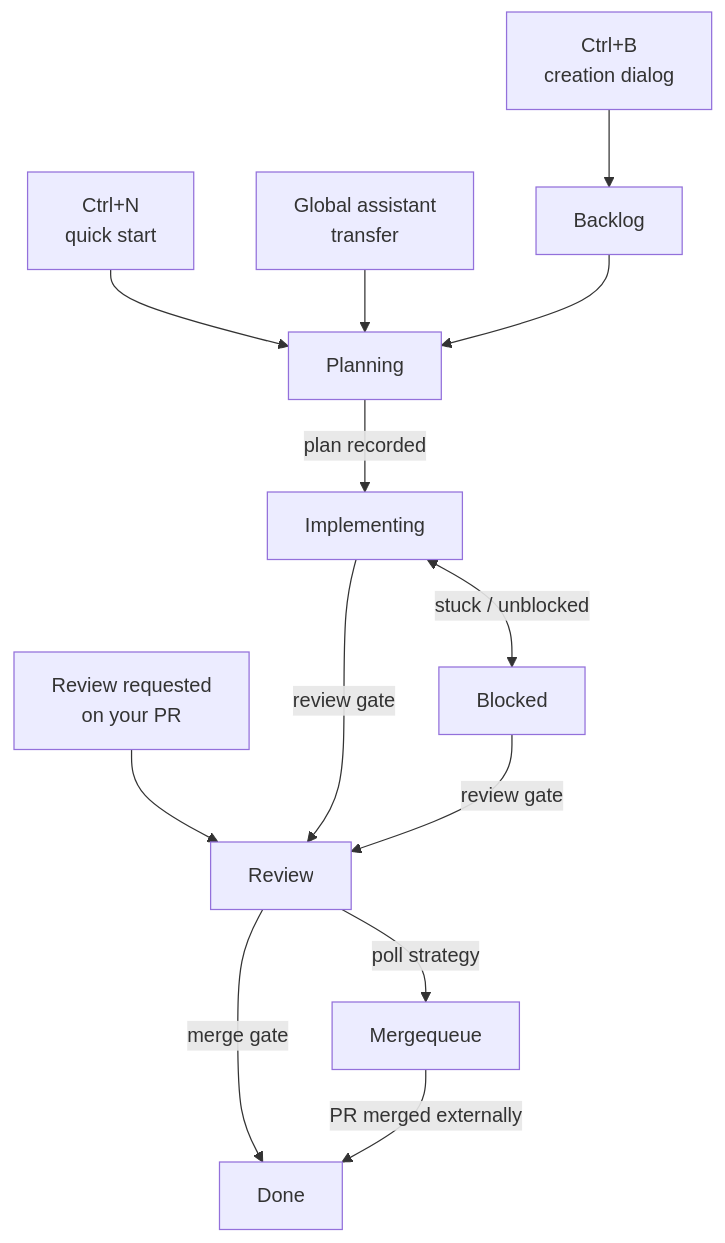
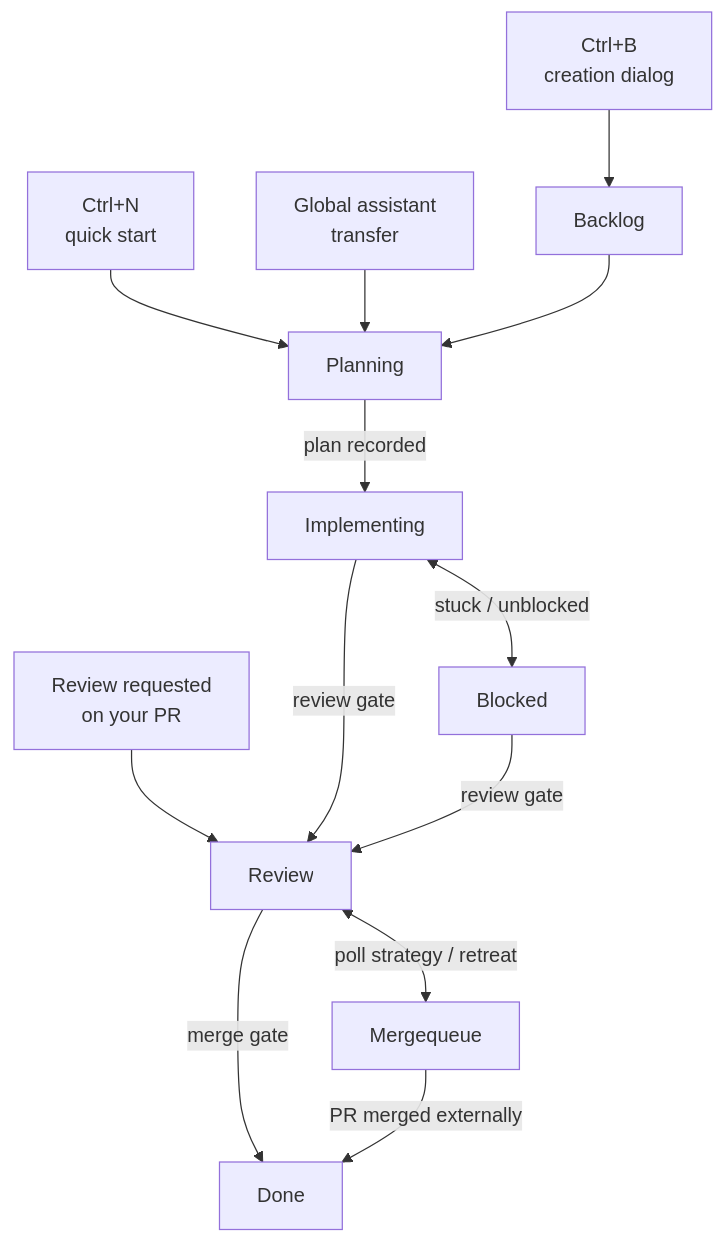
The diagram in README.md (jkirsteins/workbridge), drawn with Mermaid before and after one commit. The commit also changed 2 other files, not shown here.

Commit message:
Address principled-review P1 findings
- Downscale assets/logo.png from 1024x1024 (1.5 MB) to 400x400 (73 KB).
  Still 2.2x the displayed 180px width so retina renders remain crisp,
  but the blob that ships in every clone shrinks ~95%.
- Add description, repository, and readme fields to Cargo.toml so the
  [package] block is internally consistent with the new license field
  and with the LICENSE file.
- Make the Review <-> Mergequeue edge in the lifecycle diagram
  bidirectional so readers see the Shift+Left retreat path alongside
  the forward poll-strategy transition.

````diff
--- a/README.md
+++ b/README.md
@@ -104,16 +104,16 @@
 ```mermaid
 flowchart TD
     QS["Ctrl+N<br/>quick start"] --> Planning
     CD["Ctrl+B<br/>creation dialog"] --> Backlog
     GA["Global assistant<br/>transfer"] --> Planning
     RR["Review requested<br/>on your PR"] --> Review
 
     Backlog --> Planning
     Planning -->|plan recorded| Implementing
     Implementing <-->|stuck / unblocked| Blocked
     Implementing -->|review gate| Review
     Blocked -->|review gate| Review
     Review -->|merge gate| Done
-    Review -->|poll strategy| Mergequeue
+    Review <-->|poll strategy / retreat| Mergequeue
     Mergequeue -->|PR merged externally| Done
 ```
````
